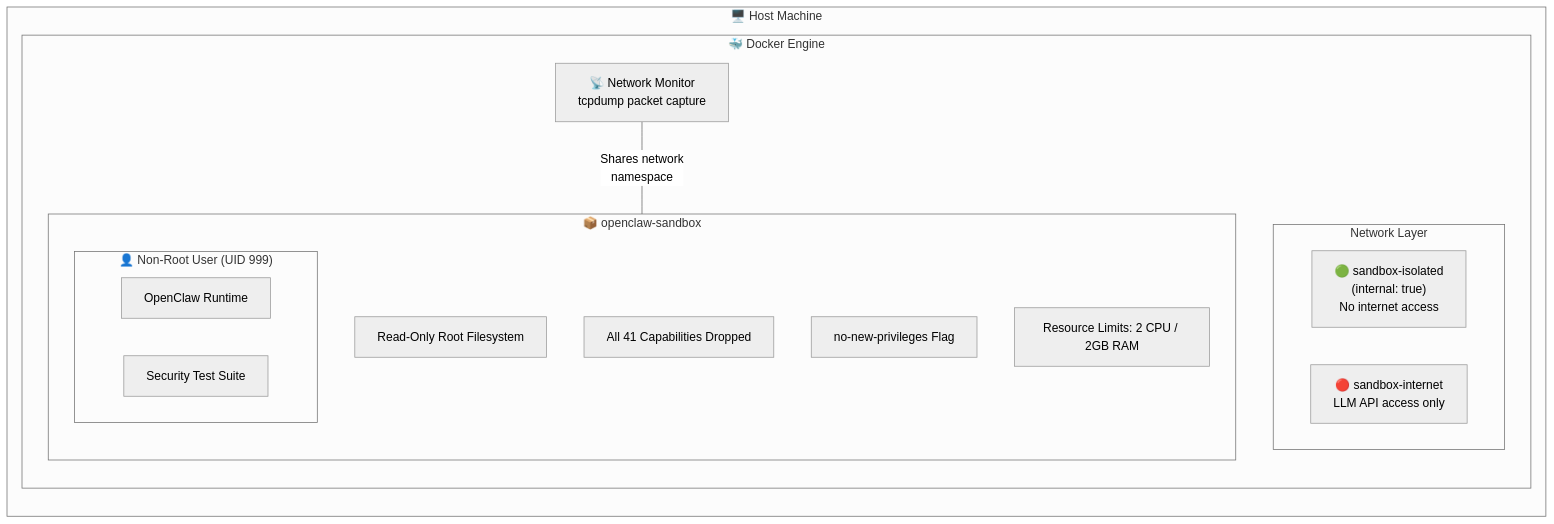
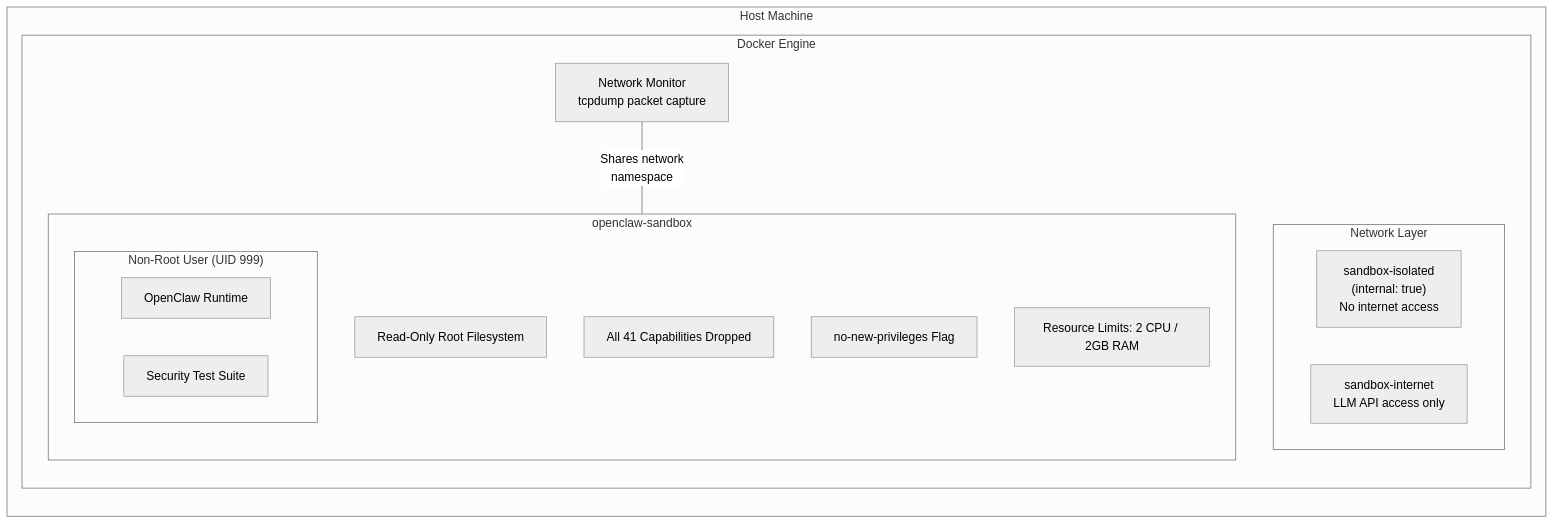
The diagram in README.md (deduu/ClawSandbox), drawn with Mermaid (neutral theme) before and after one commit. The commit also changed other lines of this file, not shown here.

````diff
--- a/README.md
+++ b/README.md
@@ -277,27 +189,27 @@
 ```mermaid
 graph TB
-    subgraph HOST["🖥️ Host Machine"]
+    subgraph HOST["Host Machine"]
         direction TB
-        subgraph DOCKER["🐳 Docker Engine"]
+        subgraph DOCKER["Docker Engine"]
             subgraph NET["Network Layer"]
-                ISO["🟢 sandbox-isolated\n(internal: true)\nNo internet access"]
-                INET["🔴 sandbox-internet\nLLM API access only"]
+                ISO["sandbox-isolated\n(internal: true)\nNo internet access"]
+                INET["sandbox-internet\nLLM API access only"]
             end
-            subgraph CONTAINER["📦 openclaw-sandbox"]
+            subgraph CONTAINER["openclaw-sandbox"]
                 direction TB
                 RO["Read-Only Root Filesystem"]
                 CAPS["All 41 Capabilities Dropped"]
                 NNP["no-new-privileges Flag"]
                 RES["Resource Limits: 2 CPU / 2GB RAM"]
-                subgraph USER["👤 Non-Root User (UID 999)"]
+                subgraph USER["Non-Root User (UID 999)"]
                     OC["OpenClaw Runtime"]
                     TESTS["Security Test Suite"]
                 end
             end
-            SIDECAR["📡 Network Monitor\ntcpdump packet capture"]
+            SIDECAR["Network Monitor\ntcpdump packet capture"]
         end
     end
 
     CONTAINER ---|"Named volumes only\nNo host bind mounts"| HOST
     SIDECAR ---|"Shares network\nnamespace"| CONTAINER
 ```
````
